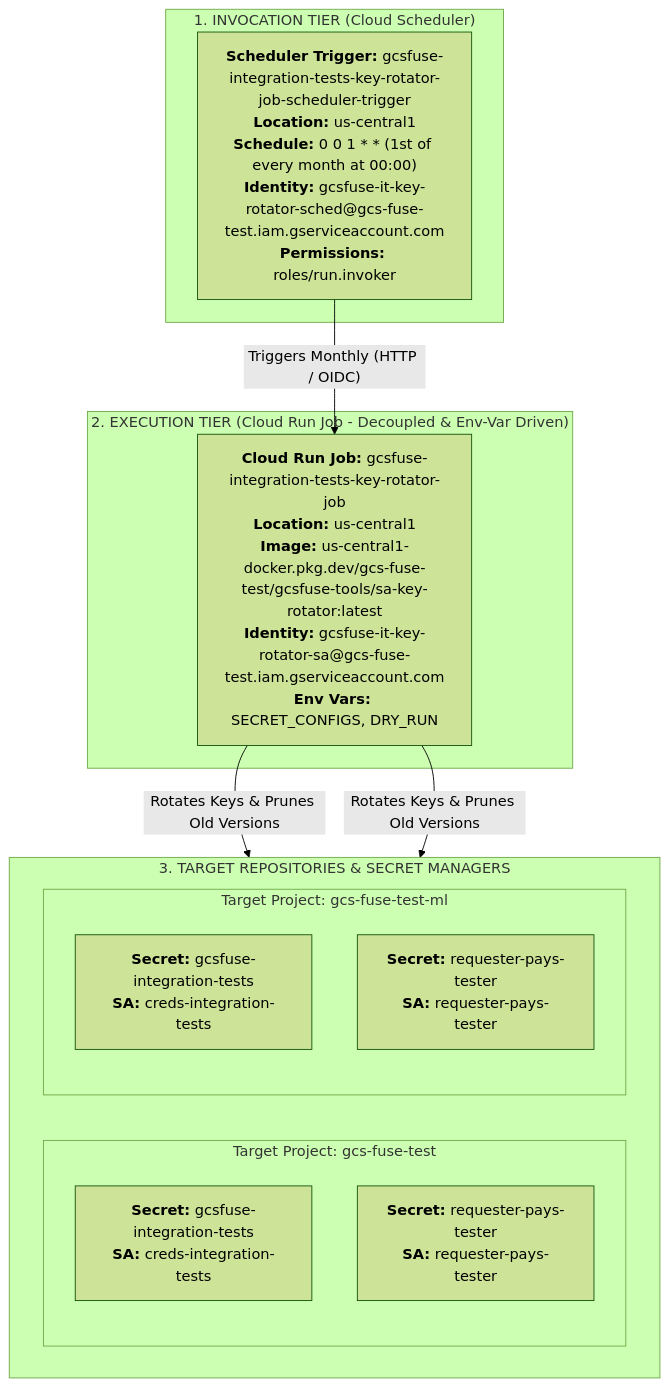
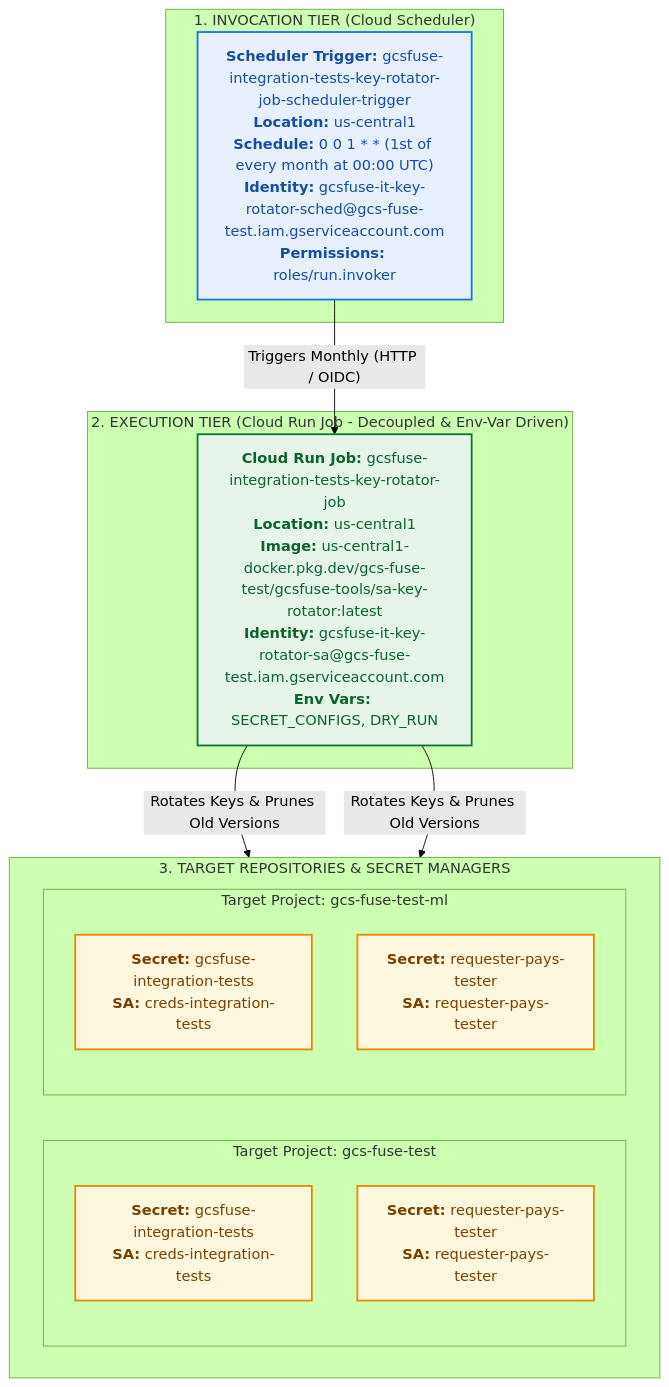
Before and after one commit to GoogleCloudPlatform/gcsfuse-tools: the diagram in sa-key-rotator/README.md, drawn with Mermaid (forest theme). The commit also changed 1 other file, not shown here.

Commit message:
docs(sa-key-rotator): apply GCP color styling to Mermaid architecture diagram

````diff
--- a/sa-key-rotator/README.md
+++ b/sa-key-rotator/README.md
@@ -13,27 +13,31 @@
 ```mermaid
 flowchart TD
     subgraph INVOCATION ["1. INVOCATION TIER (Cloud Scheduler)"]
-        SCHED["<b>Scheduler Trigger:</b> gcsfuse-integration-tests-key-rotator-job-scheduler-trigger<br/><b>Location:</b> us-central1<br/><b>Schedule:</b> 0 0 1 * * (1st of every month at 00:00)<br/><b>Identity:</b> gcsfuse-it-key-rotator-sched@gcs-fuse-test.iam.gserviceaccount.com<br/><b>Permissions:</b> roles/run.invoker"]
+        SCHED["<b>Scheduler Trigger:</b> gcsfuse-integration-tests-key-rotator-job-scheduler-trigger<br/><b>Location:</b> us-central1<br/><b>Schedule:</b> 0 0 1 * * (1st of every month at 00:00 UTC)<br/><b>Identity:</b> gcsfuse-it-key-rotator-sched@gcs-fuse-test.iam.gserviceaccount.com<br/><b>Permissions:</b> roles/run.invoker"]:::schedStyle
     end
 
     subgraph EXECUTION ["2. EXECUTION TIER (Cloud Run Job - Decoupled & Env-Var Driven)"]
-        CR_JOB["<b>Cloud Run Job:</b> gcsfuse-integration-tests-key-rotator-job<br/><b>Location:</b> us-central1<br/><b>Image:</b> us-central1-docker.pkg.dev/gcs-fuse-test/gcsfuse-tools/sa-key-rotator:latest<br/><b>Identity:</b> gcsfuse-it-key-rotator-sa@gcs-fuse-test.iam.gserviceaccount.com<br/><b>Env Vars:</b> SECRET_CONFIGS, DRY_RUN"]
+        CR_JOB["<b>Cloud Run Job:</b> gcsfuse-integration-tests-key-rotator-job<br/><b>Location:</b> us-central1<br/><b>Image:</b> us-central1-docker.pkg.dev/gcs-fuse-test/gcsfuse-tools/sa-key-rotator:latest<br/><b>Identity:</b> gcsfuse-it-key-rotator-sa@gcs-fuse-test.iam.gserviceaccount.com<br/><b>Env Vars:</b> SECRET_CONFIGS, DRY_RUN"]:::jobStyle
     end
 
     subgraph TARGETS ["3. TARGET REPOSITORIES & SECRET MANAGERS"]
         direction LR
         subgraph PROJ1 ["Target Project: gcs-fuse-test"]
-            T1_SEC1["<b>Secret:</b> gcsfuse-integration-tests<br/><b>SA:</b> creds-integration-tests"]
-            T1_SEC2["<b>Secret:</b> requester-pays-tester<br/><b>SA:</b> requester-pays-tester"]
+            T1_SEC1["<b>Secret:</b> gcsfuse-integration-tests<br/><b>SA:</b> creds-integration-tests"]:::targetStyle
+            T1_SEC2["<b>Secret:</b> requester-pays-tester<br/><b>SA:</b> requester-pays-tester"]:::targetStyle
         end
 
         subgraph PROJ2 ["Target Project: gcs-fuse-test-ml"]
-            T2_SEC1["<b>Secret:</b> gcsfuse-integration-tests<br/><b>SA:</b> creds-integration-tests"]
-            T2_SEC2["<b>Secret:</b> requester-pays-tester<br/><b>SA:</b> requester-pays-tester"]
+            T2_SEC1["<b>Secret:</b> gcsfuse-integration-tests<br/><b>SA:</b> creds-integration-tests"]:::targetStyle
+            T2_SEC2["<b>Secret:</b> requester-pays-tester<br/><b>SA:</b> requester-pays-tester"]:::targetStyle
         end
     end
 
     SCHED -->|"Triggers Monthly (HTTP / OIDC)"| CR_JOB
     CR_JOB -->|"Rotates Keys & Prunes Old Versions"| PROJ1
     CR_JOB -->|"Rotates Keys & Prunes Old Versions"| PROJ2
+
+    classDef schedStyle fill:#e8f0fe,stroke:#1a73e8,stroke-width:2px,color:#174ea6;
+    classDef jobStyle fill:#e6f4ea,stroke:#137333,stroke-width:2px,color:#0d652d;
+    classDef targetStyle fill:#fef7e0,stroke:#ea8600,stroke-width:2px,color:#7a4100;
 ```
````
